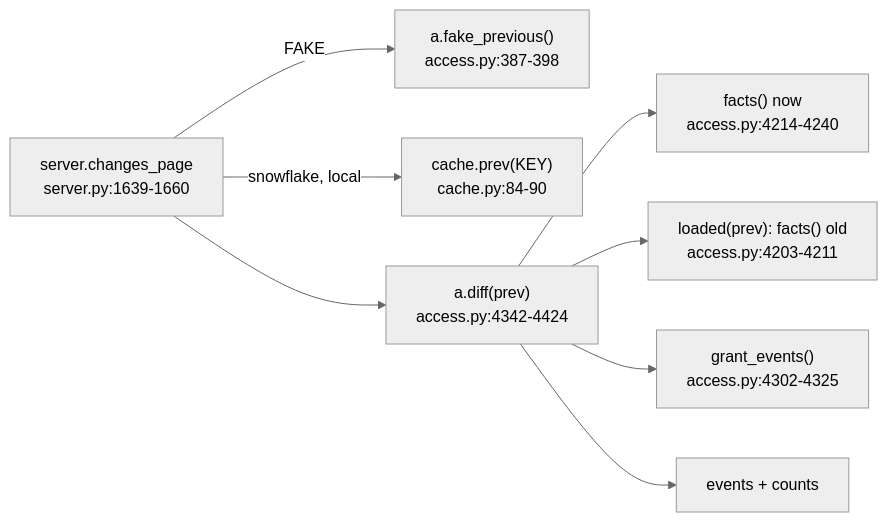
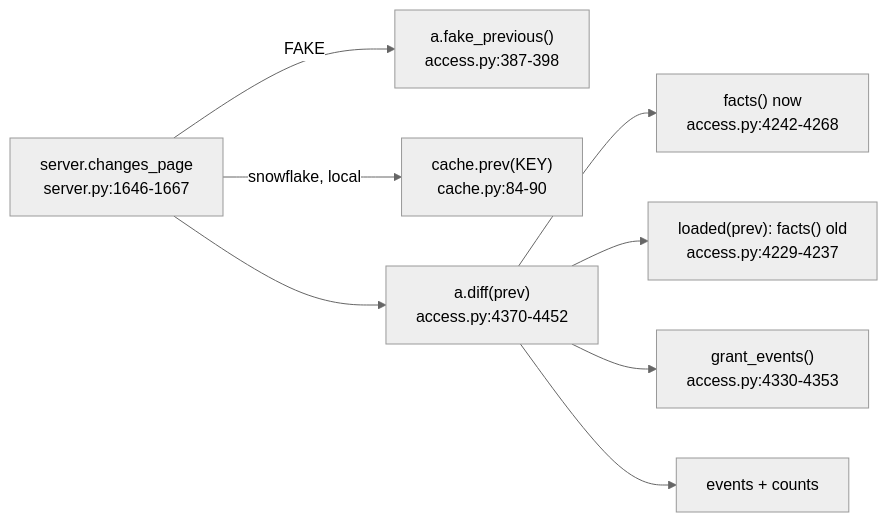
The diagram in snowflake-access-explorer-knowledge-graph/logic/diff.md (darshanmeel/snowflake-access-explorer), drawn with Mermaid (neutral theme) before and after one commit. The commit also changed other lines of this file and 147 other files, not shown here.

````diff
--- a/snowflake-access-explorer-knowledge-graph/logic/diff.md
+++ b/snowflake-access-explorer-knowledge-graph/logic/diff.md
@@ -5,10 +5,10 @@
 ```mermaid
 flowchart LR
-  CP["server.changes_page<br/>server.py:1639-1660"] -->|FAKE| FP["a.fake_previous()<br/>access.py:387-398"]
+  CP["server.changes_page<br/>server.py:1646-1667"] -->|FAKE| FP["a.fake_previous()<br/>access.py:387-398"]
   CP -->|snowflake, local| PR["cache.prev(KEY)<br/>cache.py:84-90"]
-  CP --> D["a.diff(prev)<br/>access.py:4342-4424"]
-  D --> FN["facts() now<br/>access.py:4214-4240"]
-  D --> LD["loaded(prev): facts() old<br/>access.py:4203-4211"]
-  D --> GE["grant_events()<br/>access.py:4302-4325"]
+  CP --> D["a.diff(prev)<br/>access.py:4370-4452"]
+  D --> FN["facts() now<br/>access.py:4242-4268"]
+  D --> LD["loaded(prev): facts() old<br/>access.py:4229-4237"]
+  D --> GE["grant_events()<br/>access.py:4330-4353"]
   D --> EV[events + counts]
 ```
````
